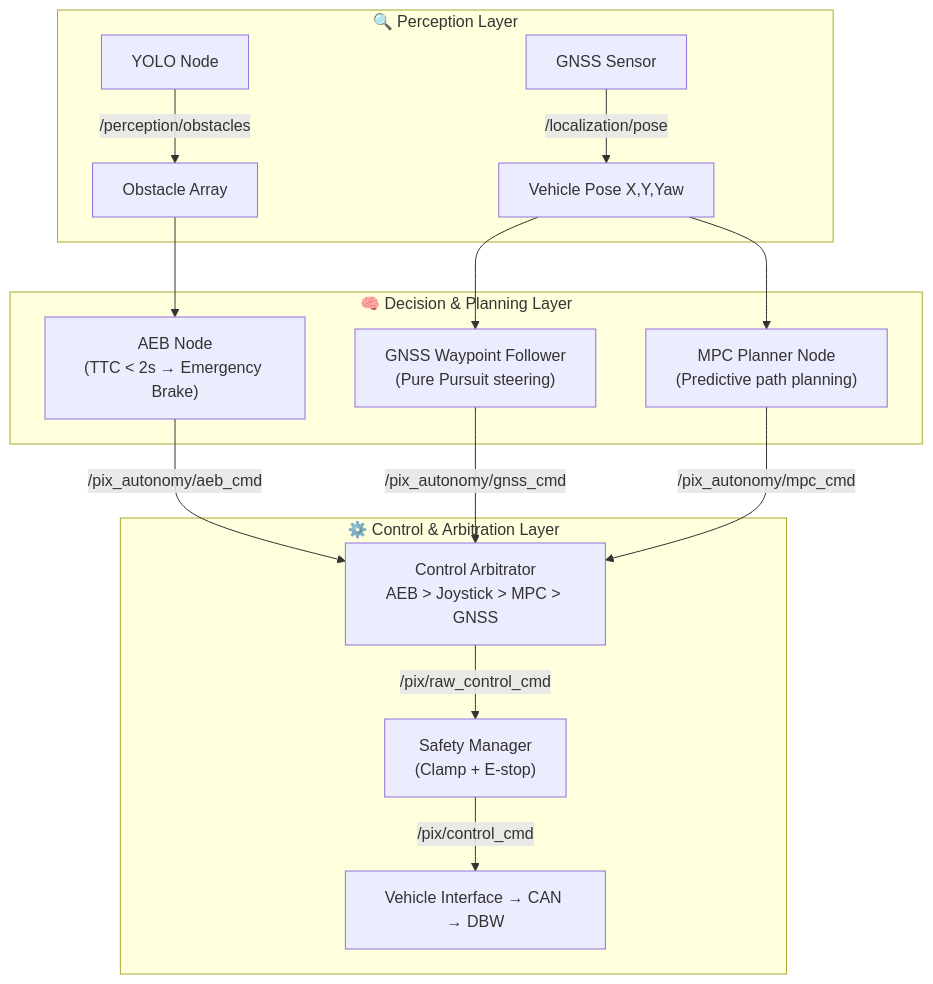
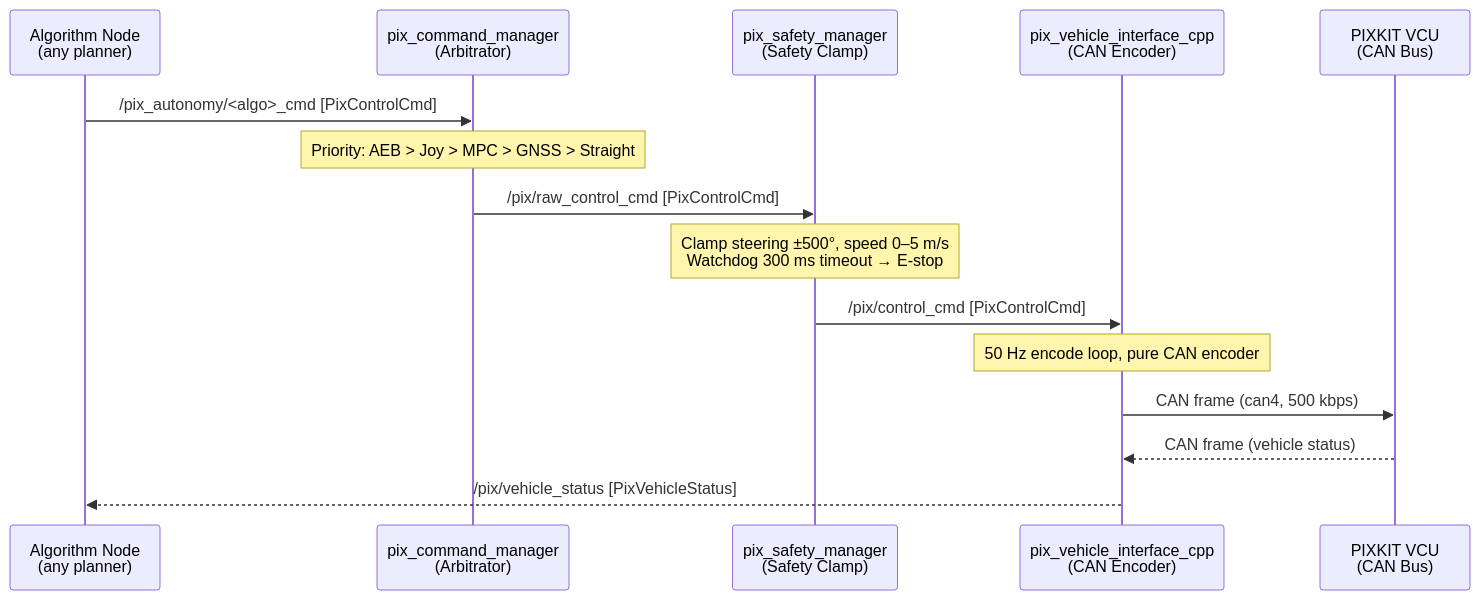
The second of 2 diagrams in README.md (manish-gupta-in/pix_control_framework), drawn with Mermaid before and after one commit. The commit also changed other lines of this file and 9 other files, not shown here.

Commit message:
chore: clean v16.0 release — add pix_autonomy (AEB/YOLO/GNSS/MPC), remove stale v12/v13 docs, update README & architecture guide

````diff
--- a/README.md
+++ b/README.md
@@ -61,21 +105,18 @@
 ```mermaid
-graph TD
-    subgraph SENSE["🔍 Perception Layer"]
-        YOLO["YOLO Node"] -->|"/perception/obstacles"| OBS["Obstacle Array"]
-        GNSS["GNSS Sensor"] -->|"/localization/pose"| POSE["Vehicle Pose X,Y,Yaw"]
-    end
+sequenceDiagram
+    participant A as Algorithm Node<br/>(any planner)
+    participant ARB as pix_command_manager<br/>(Arbitrator)
+    participant SAFE as pix_safety_manager<br/>(Safety Clamp)
+    participant IFACE as pix_vehicle_interface_cpp<br/>(CAN Encoder)
+    participant VCU as PIXKIT VCU<br/>(CAN Bus)
 
-    subgraph PLAN["🧠 Decision & Planning Layer"]
-        OBS --> AEB["AEB Node<br/>(TTC < 2s → Emergency Brake)"]
-        POSE --> MPC["MPC Planner Node<br/>(Predictive path planning)"]
-        POSE --> WP["GNSS Waypoint Follower<br/>(Pure Pursuit steering)"]
-    end
-
-    subgraph ACT["⚙️ Control & Arbitration Layer"]
-        AEB -->|"/pix_autonomy/aeb_cmd"| ARB["Control Arbitrator<br/>AEB > Joystick > MPC > GNSS"]
-        WP -->|"/pix_autonomy/gnss_cmd"| ARB
-        MPC -->|"/pix_autonomy/mpc_cmd"| ARB
-        ARB -->|"/pix/raw_control_cmd"| SAFE["Safety Manager<br/>(Clamp + E-stop)"]
-        SAFE -->|"/pix/control_cmd"| VCU["Vehicle Interface → CAN → DBW"]
-    end
+    A->>ARB: /pix_autonomy/<algo>_cmd  [PixControlCmd]
+    Note over ARB: Priority: AEB > Joy > MPC > GNSS > Straight
+    ARB->>SAFE: /pix/raw_control_cmd  [PixControlCmd]
+    Note over SAFE: Clamp steering ±500°, speed 0–5 m/s<br/>Watchdog 300 ms timeout → E-stop
+    SAFE->>IFACE: /pix/control_cmd  [PixControlCmd]
+    Note over IFACE: 50 Hz encode loop, pure CAN encoder
+    IFACE->>VCU: CAN frame (can4, 500 kbps)
+    VCU-->>IFACE: CAN frame (vehicle status)
+    IFACE-->>A: /pix/vehicle_status  [PixVehicleStatus]
 ```
````
